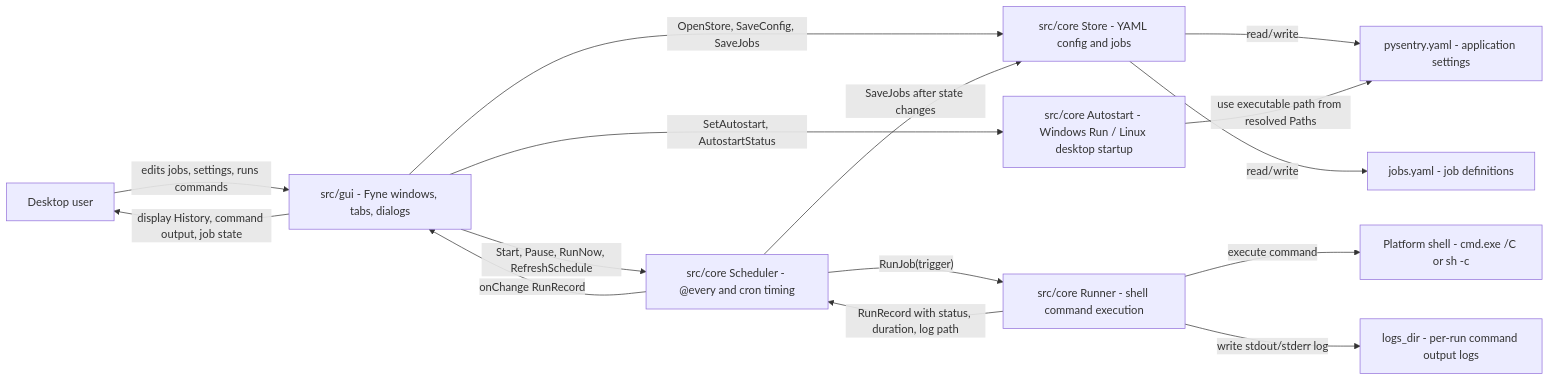
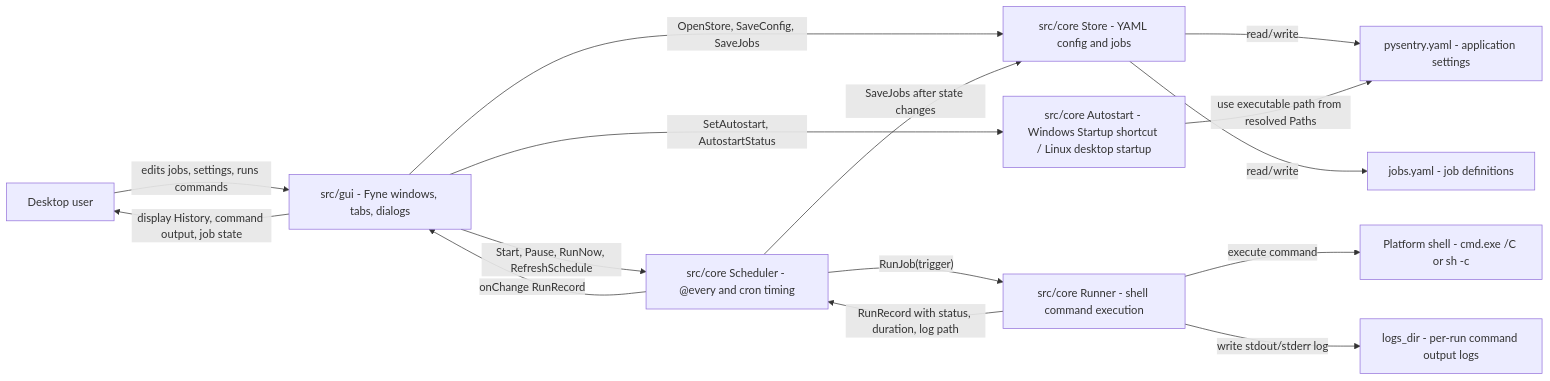
One commit to mixeme/gosentry changed the diagram in docs/ARCHITECTURE.md. Above: the diagram before and after it, drawn with Mermaid. The commit also changed other lines of this file and 3 other files, not shown here.

First line of the commit message:
Use Startup shortcut for Windows autostart

````diff
--- a/docs/ARCHITECTURE.md
+++ b/docs/ARCHITECTURE.md
@@ -10,30 +10,30 @@
 ```mermaid
 flowchart LR
     user["Desktop user"]
     gui["src/gui - Fyne windows, tabs, dialogs"]
     store["src/core Store - YAML config and jobs"]
     scheduler["src/core Scheduler - @every and cron timing"]
     runner["src/core Runner - shell command execution"]
-    autostart["src/core Autostart - Windows Run / Linux desktop startup"]
+    autostart["src/core Autostart - Windows Startup shortcut / Linux desktop startup"]
     config["pysentry.yaml - application settings"]
     jobs["jobs.yaml - job definitions"]
     logs["logs_dir - per-run command output logs"]
     shell["Platform shell - cmd.exe /C or sh -c"]
 
     user -->|"edits jobs, settings, runs commands"| gui
     gui -->|"OpenStore, SaveConfig, SaveJobs"| store
     store -->|"read/write"| config
     store -->|"read/write"| jobs
 
     gui -->|"Start, Pause, RunNow, RefreshSchedule"| scheduler
     scheduler -->|"SaveJobs after state changes"| store
     scheduler -->|"RunJob(trigger)"| runner
     runner -->|"execute command"| shell
     runner -->|"write stdout/stderr log"| logs
     runner -->|"RunRecord with status, duration, log path"| scheduler
     scheduler -->|"onChange RunRecord"| gui
     gui -->|"display History, command output, job state"| user
 
     gui -->|"SetAutostart, AutostartStatus"| autostart
     autostart -->|"use executable path from resolved Paths"| config
 ```
````
